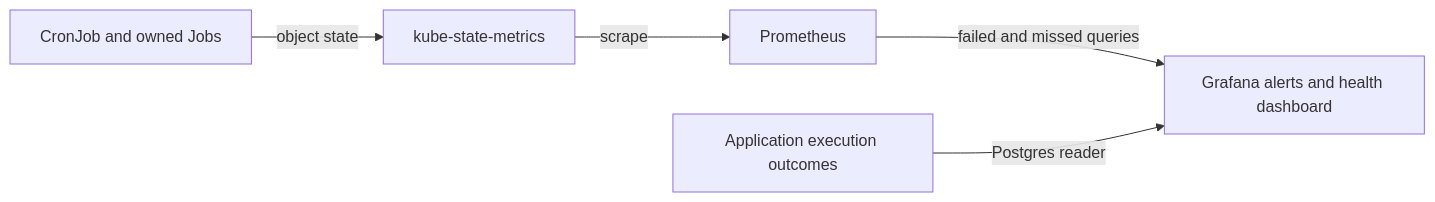
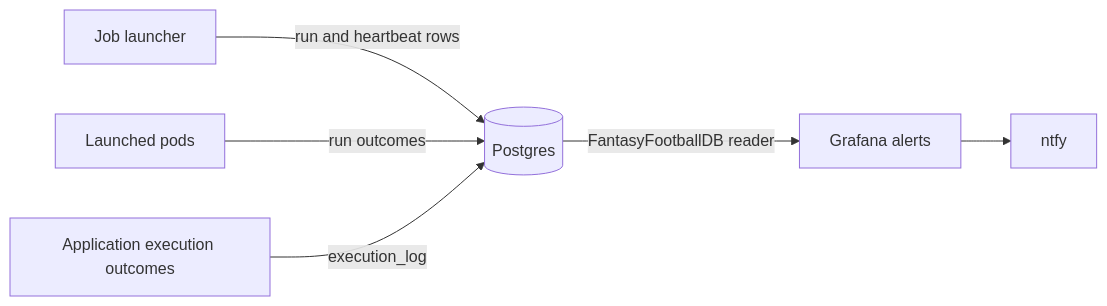
One commit to cvillarr23/fantasy-infra changed the diagram in docs/cronjob-alerts.md. Above: the diagram before and after it, drawn with Mermaid. The commit also changed other lines of this file and 44 other files, not shown here.

First line of the commit message:
Cut over batch C to the job launcher: trade jobs and the last CronJobs (#204)

````diff
--- a/docs/cronjob-alerts.md
+++ b/docs/cronjob-alerts.md
@@ -11,7 +11,8 @@
 ```mermaid
 flowchart LR
-    Cron[CronJob and owned Jobs] -->|object state| Metrics[kube-state-metrics]
-    Metrics -->|scrape| Prom[Prometheus]
-    Prom -->|failed and missed queries| Grafana[Grafana alerts and health dashboard]
-    Outcome[Application execution outcomes] -->|Postgres reader| Grafana
+    Launcher[Job launcher] -->|run and heartbeat rows| DB[(Postgres)]
+    Pods[Launched pods] -->|run outcomes| DB
+    Outcome[Application execution outcomes] -->|execution_log| DB
+    DB -->|FantasyFootballDB reader| Grafana[Grafana alerts]
+    Grafana --> Ntfy[ntfy]
 ```
````
